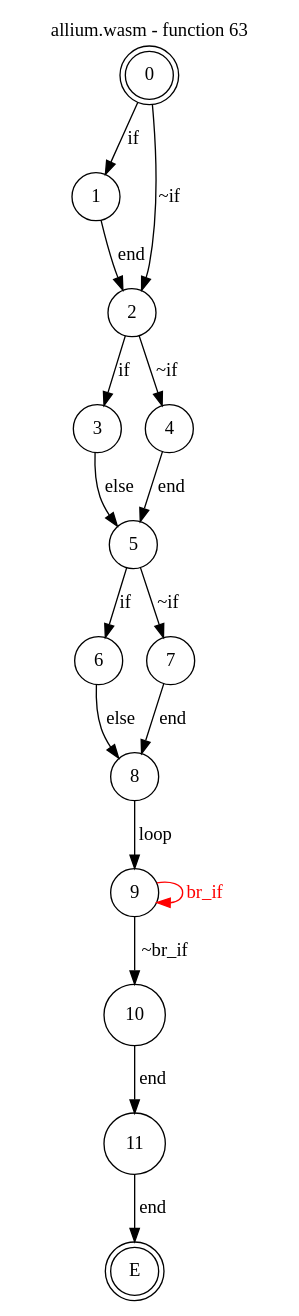
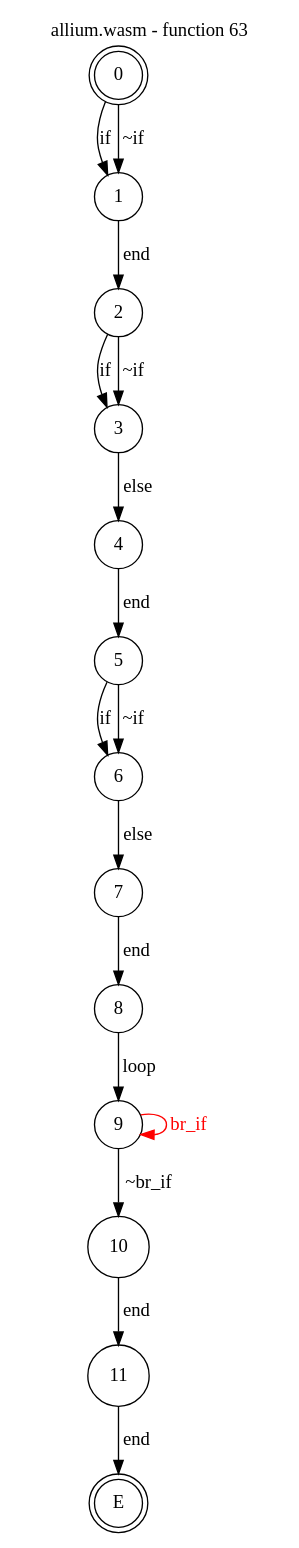
Before and after one commit to jsCarleton/wanalyze: the diagram in test_cases/allium/funcs/allium-func63.dot, drawn with Graphviz. The commit also changed 205 other files, not shown here.

```diff
--- a/test_cases/allium/funcs/allium-func63.dot
+++ b/test_cases/allium/funcs/allium-func63.dot
@@ -1,25 +1,25 @@
 digraph finite_state_machine {
     label = "allium.wasm - function 63"
     labelloc =  t
     labelfontsize = 16
     labelfontcolor = black
     labelfontname = "Helvetica"
     node [shape = doublecircle]; 0 E ;
     node [shape = circle];
     0 -> 1[label="if"];
-    0 -> 2[label="~if"];
+    0 -> 1[label="~if"];
     1 -> 2[label="end"];
     2 -> 3[label="if"];
-    2 -> 4[label="~if"];
-    3 -> 5[label="else"];
+    2 -> 3[label="~if"];
+    3 -> 4[label="else"];
     4 -> 5[label="end"];
     5 -> 6[label="if"];
-    5 -> 7[label="~if"];
-    6 -> 8[label="else"];
+    5 -> 6[label="~if"];
+    6 -> 7[label="else"];
     7 -> 8[label="end"];
     8 -> 9[label="loop"];
     9 -> 10[label="~br_if"];
     9 -> 9[color="red" fontcolor="red" label="br_if"];
     10 -> 11[label="end"];
     11 -> E[label="end"];
 }
```
